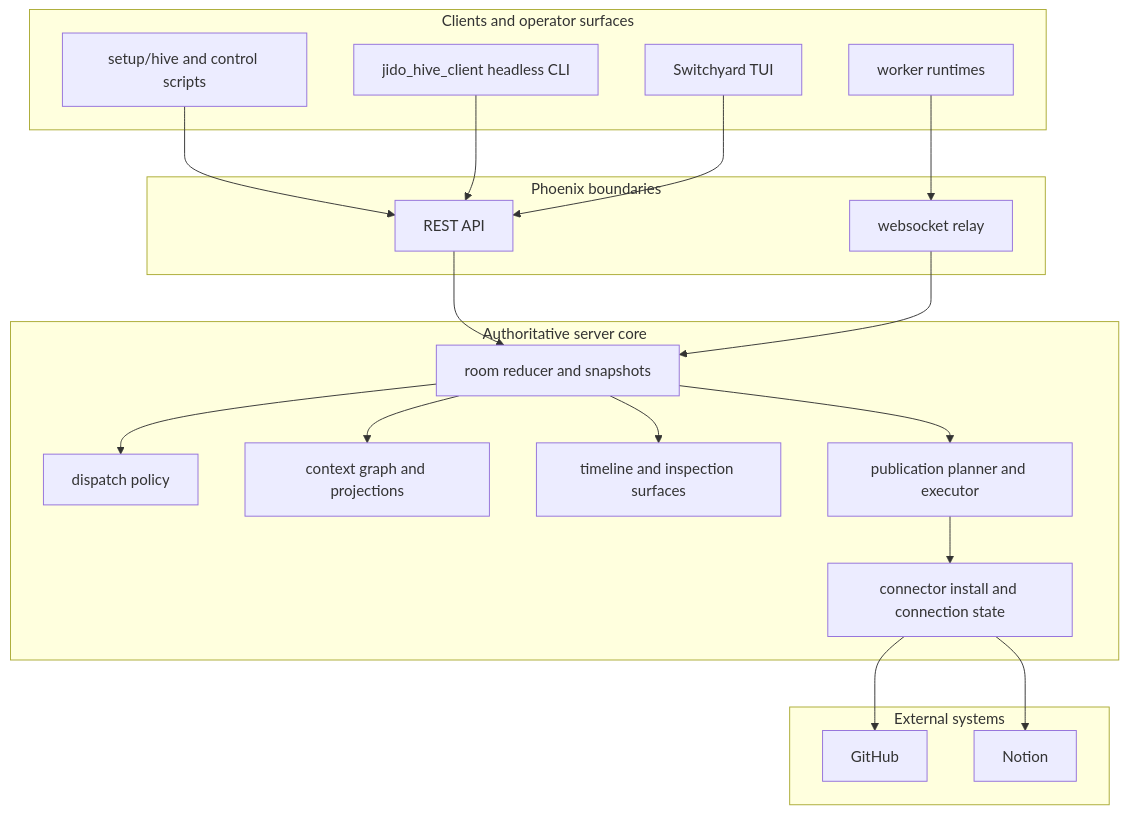
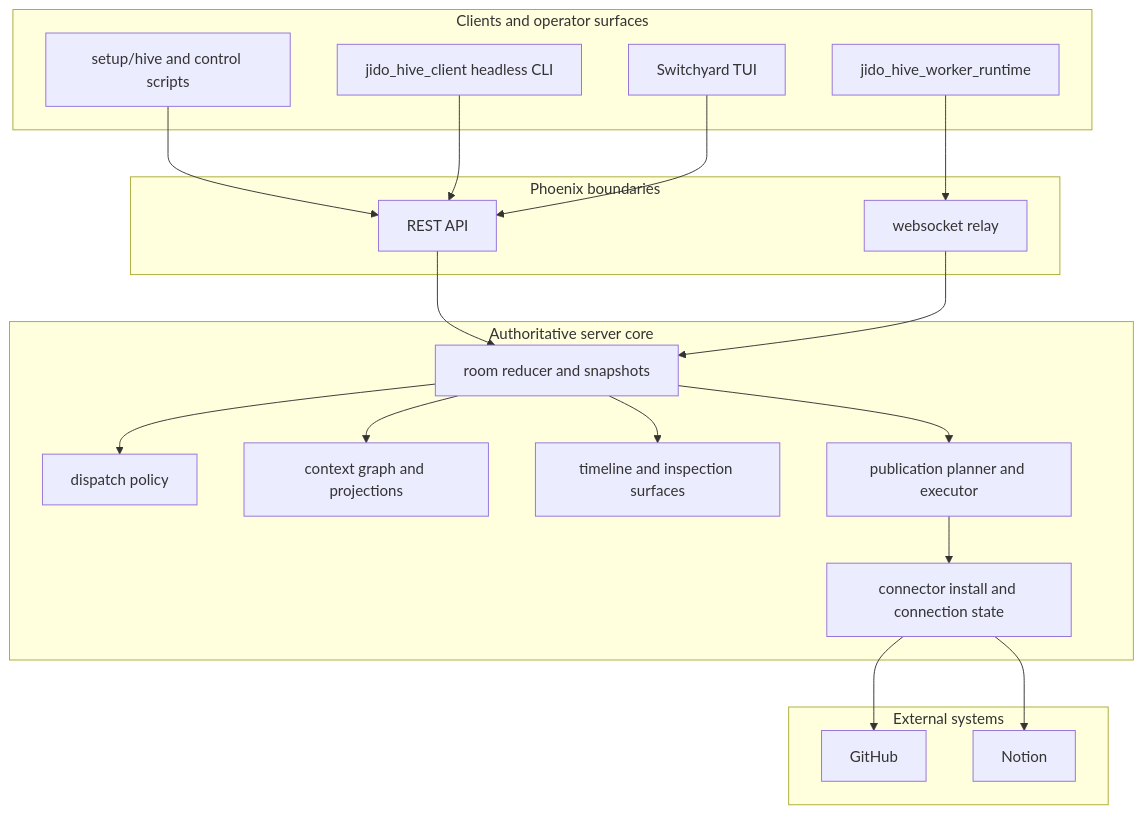
Before and after one commit to nshkrdotcom/jido_hive: the diagram in jido_hive_server/README.md, drawn with Mermaid. The commit also changed other lines of this file and 108 other files, not shown here.

Commit message:
Split operator client from worker runtime

````diff
--- a/jido_hive_server/README.md
+++ b/jido_hive_server/README.md
@@ -59,42 +60,42 @@
 ```mermaid
 flowchart TB
     subgraph Surfaces[Clients and operator surfaces]
       Control[setup/hive and control scripts]
       Headless[jido_hive_client headless CLI]
       Console[Switchyard TUI]
-      Workers[worker runtimes]
+      Workers[jido_hive_worker_runtime]
     end
 
     subgraph Transport[Phoenix boundaries]
       API[REST API]
       Relay[websocket relay]
     end
 
     subgraph Core[Authoritative server core]
       Rooms[room reducer and snapshots]
       Policy[dispatch policy]
       Context[context graph and projections]
       Timeline[timeline and inspection surfaces]
       Publish[publication planner and executor]
       Connectors[connector install and connection state]
     end
 
     subgraph External[External systems]
       GitHub[GitHub]
       Notion[Notion]
     end
 
     Control --> API
     Headless --> API
     Console --> API
     Workers --> Relay
     API --> Rooms
     Relay --> Rooms
     Rooms --> Policy
     Rooms --> Context
     Rooms --> Timeline
     Rooms --> Publish
     Publish --> Connectors
     Connectors --> GitHub
     Connectors --> Notion
 ```
````
